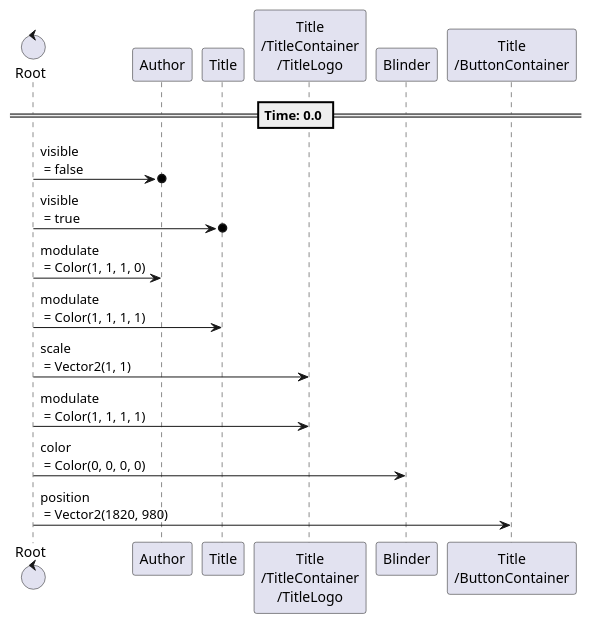
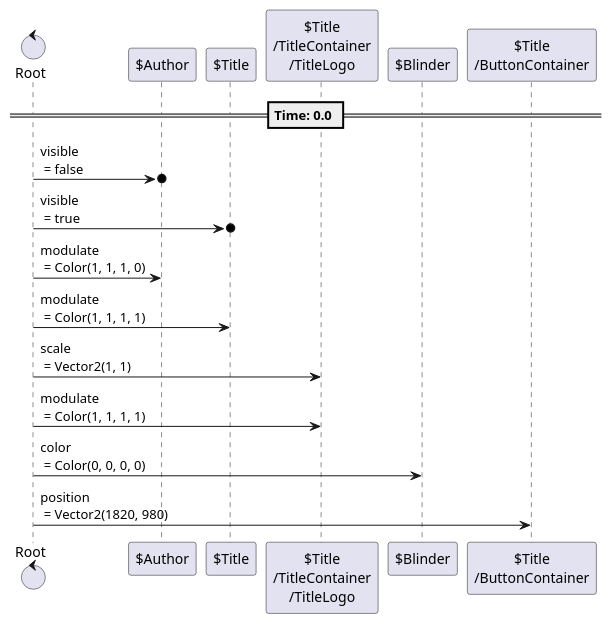
Before and after one commit to tkmfujise/Platformer-Game-Learning: the second of 5 diagrams in content/scenes/src/beginning/screen/screen.tscn.adoc, drawn with PlantUML. The commit also changed other lines of this file and 31 other files, not shown here.

Commit message:
Add prefix $ to node name in animation sequences

```diff
--- a/content/scenes/src/beginning/screen/screen.tscn.adoc
+++ b/content/scenes/src/beginning/screen/screen.tscn.adoc
@@ -125,23 +125,23 @@
 [plantuml]
 ....
-control "Root" as Root
-participant "Author" as T0
-participant "Title" as T1
-participant "Title\n/TitleContainer\n/TitleLogo" as T4
-participant "Blinder" as T6
-participant "Title\n/ButtonContainer" as T7
+control "Root" as R
+participant "$Author" as T0
+participant "$Title" as T1
+participant "$Title\n/TitleContainer\n/TitleLogo" as T4
+participant "$Blinder" as T6
+participant "$Title\n/ButtonContainer" as T7
 
 
 
 == Time: 0.0 ==
-Root  ->o  T0 : visible\n = false
-Root  ->o  T1 : visible\n = true
-Root  ->  T0 : modulate\n = Color(1, 1, 1, 0)
-Root  ->  T1 : modulate\n = Color(1, 1, 1, 1)
-Root  ->  T4 : scale\n = Vector2(1, 1)
-Root  ->  T4 : modulate\n = Color(1, 1, 1, 1)
-Root  ->  T6 : color\n = Color(0, 0, 0, 0)
-Root  ->  T7 : position\n = Vector2(1820, 980)
+R  ->o  T0 : visible\n = false
+R  ->o  T1 : visible\n = true
+R  ->  T0 : modulate\n = Color(1, 1, 1, 0)
+R  ->  T1 : modulate\n = Color(1, 1, 1, 1)
+R  ->  T4 : scale\n = Vector2(1, 1)
+R  ->  T4 : modulate\n = Color(1, 1, 1, 1)
+R  ->  T6 : color\n = Color(0, 0, 0, 0)
+R  ->  T7 : position\n = Vector2(1820, 980)
 
 
 ....
```
